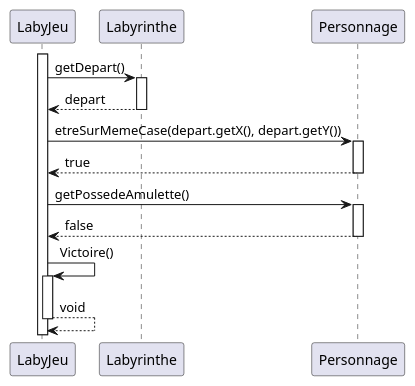
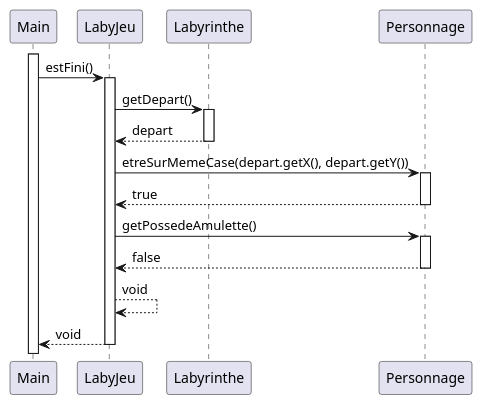
One commit to LukaSalvo/SAE2024 changed the diagram in zeldiablo/documents/version_5/diagseq_victoireJoueurFalse.puml. Above: the diagram before and after it, drawn with PlantUML. The commit also changed 4 other files, not shown here.

```diff
--- a/zeldiablo/documents/version_5/diagseq_victoireJoueurFalse.puml
+++ b/zeldiablo/documents/version_5/diagseq_victoireJoueurFalse.puml
@@ -1,25 +1,28 @@
 @startuml
+Participant Main
 participant LabyJeu
 participant Labyrinthe
 participant Personnage
+activate Main
 
+Main -> LabyJeu : estFini()
 activate LabyJeu
 LabyJeu -> Labyrinthe : getDepart()
 activate Labyrinthe
 Labyrinthe --> LabyJeu : depart
 deactivate Labyrinthe
 
 LabyJeu -> Personnage : etreSurMemeCase(depart.getX(), depart.getY())
 activate Personnage
 Personnage --> LabyJeu : true
 deactivate Personnage
 LabyJeu -> Personnage : getPossedeAmulette()
 activate Personnage
 Personnage --> LabyJeu : false
 deactivate Personnage
-LabyJeu -> LabyJeu : Victoire()
-activate LabyJeu
 LabyJeu --> LabyJeu : void
+
+LabyJeu --> Main : void
 deactivate LabyJeu
 
 @enduml
```
